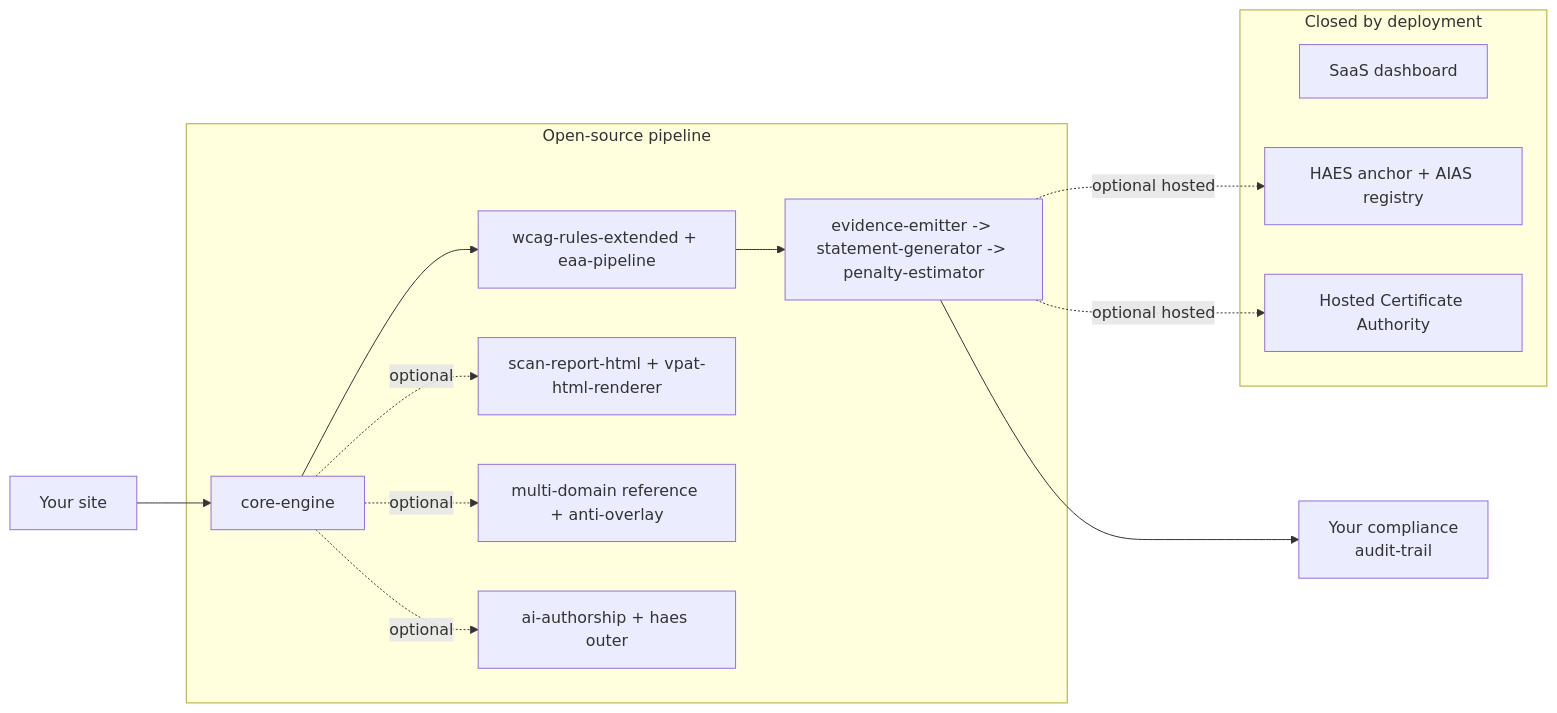
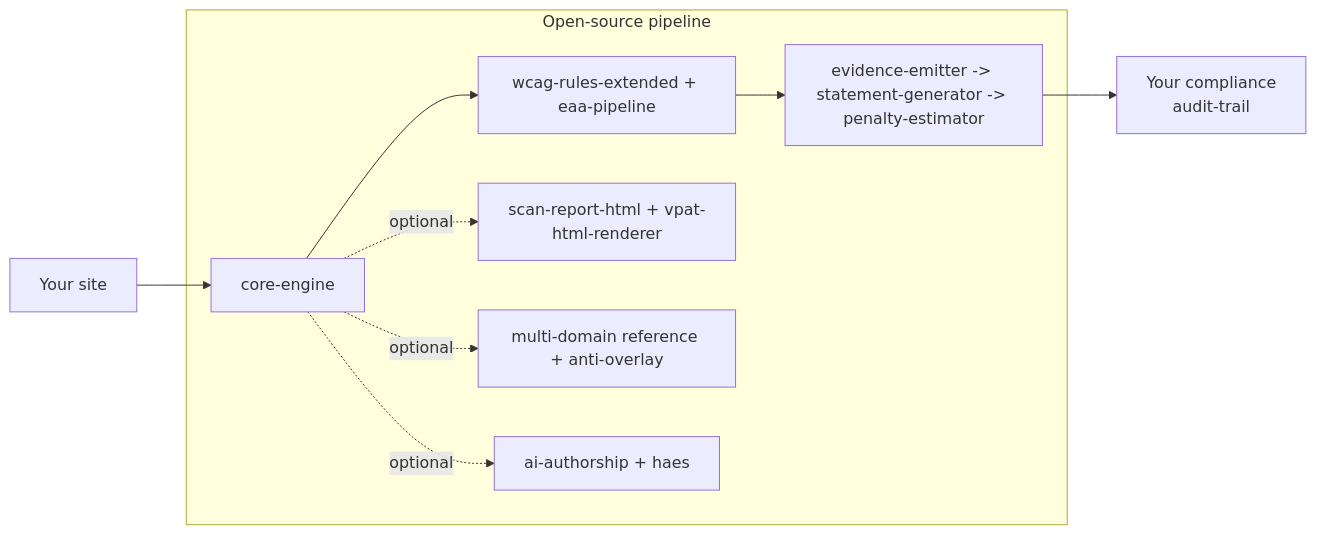
One commit to ariada-org/ariada changed the diagram in README.md. Above: the diagram before and after it, drawn with Mermaid. The commit also changed other lines of this file, not shown here.

````diff
--- a/README.md
+++ b/README.md
@@ -80,23 +82,16 @@
 ```mermaid
 flowchart LR
     A[Your site]
     subgraph OSS [Open-source pipeline]
         C0[core-engine]
         B[wcag-rules-extended + eaa-pipeline]
         D[evidence-emitter -> statement-generator -> penalty-estimator]
         HK[scan-report-html + vpat-html-renderer]
         HJ[multi-domain reference + anti-overlay]
-        HG[ai-authorship + haes outer]
-    end
-    subgraph Closed [Closed by deployment]
-        SD[SaaS dashboard]
-        HAES[HAES anchor + AIAS registry]
-        CA[Hosted Certificate Authority]
+        HG[ai-authorship + haes]
     end
     A --> C0 --> B --> D --> G[Your compliance<br/>audit-trail]
     C0 -.optional.-> HK
     C0 -.optional.-> HJ
     C0 -.optional.-> HG
-    D -.optional hosted.-> HAES
-    D -.optional hosted.-> CA
 ```
````
